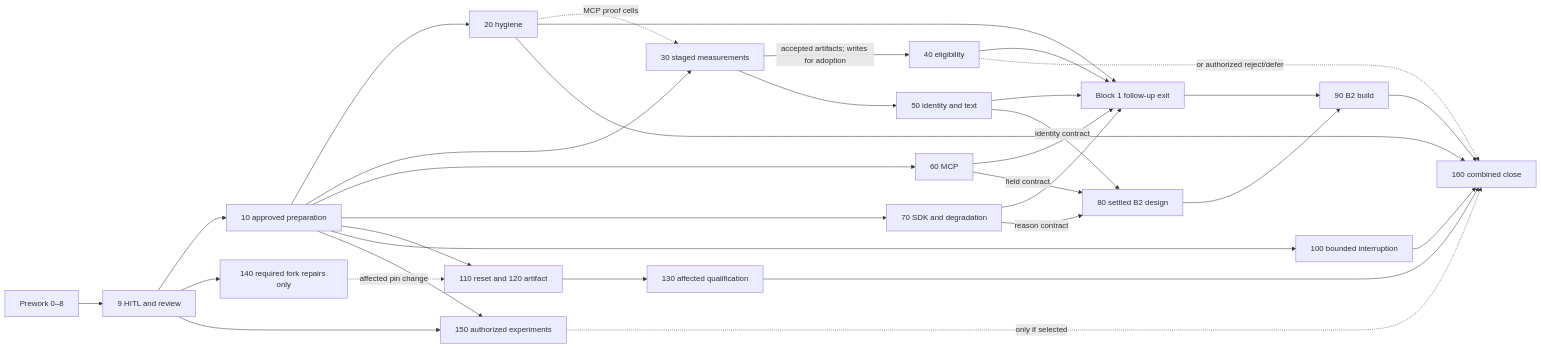
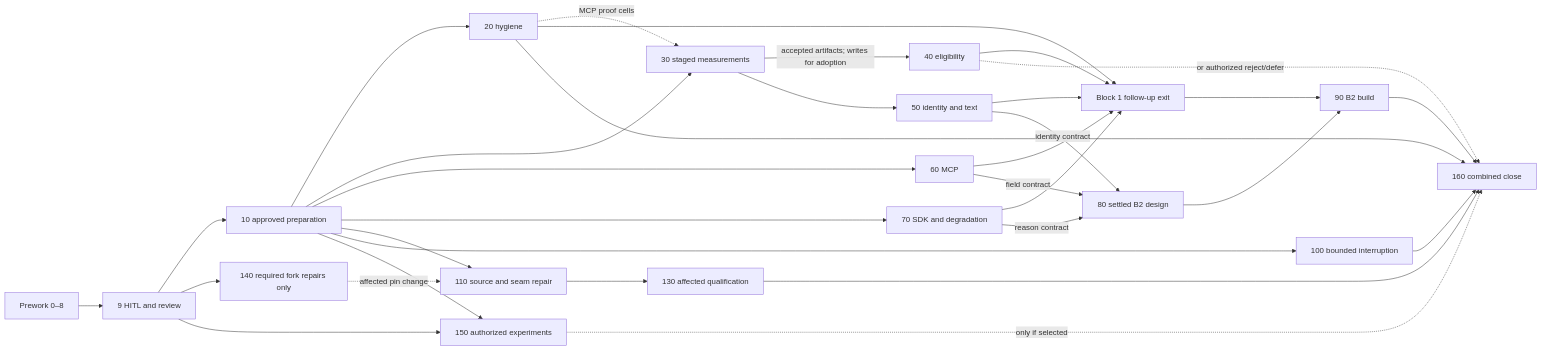
One commit to fathomadb/fathomdb changed the diagram in dev/plans/plan-0.8.29.md. Above: the diagram before and after it, drawn with Mermaid. The commit also changed other lines of this file and 10 other files, not shown here.

````diff
--- a/dev/plans/plan-0.8.29.md
+++ b/dev/plans/plan-0.8.29.md
@@ -270,35 +289,35 @@
 ```mermaid
 flowchart LR
     P[Prework 0–8] --> H[9 HITL and review]
     H --> S[10 approved preparation]
     S --> T[20 hygiene]
     S --> M[30 staged measurements]
     T -. MCP proof cells .-> M
     T --> E[Block 1 follow-up exit]
     M -->|accepted artifacts; writes for adoption| C[40 eligibility]
     M --> F[50 identity and text]
     S --> A[60 MCP]
     S --> D[70 SDK and degradation]
     C --> E
     F --> E
     A --> E
     D --> E
     A -->|field contract| B[80 settled B2 design]
     F -->|identity contract| B
     D -->|reason contract| B
     B --> I[90 B2 build]
     E --> I
     H --> K[140 required fork repairs only]
-    S --> R[110 reset and 120 artifact]
+    S --> R[110 source and seam repair]
     K -. affected pin change .-> R
     R --> Q[130 affected qualification]
     S --> X[100 bounded interruption]
     H --> U[150 authorized experiments]
     S --> U
     I --> Z[160 combined close]
     X --> Z
     Q --> Z
     U -. only if selected .-> Z
     T --> Z
     C -. or authorized reject/defer .-> Z
 ```
````
